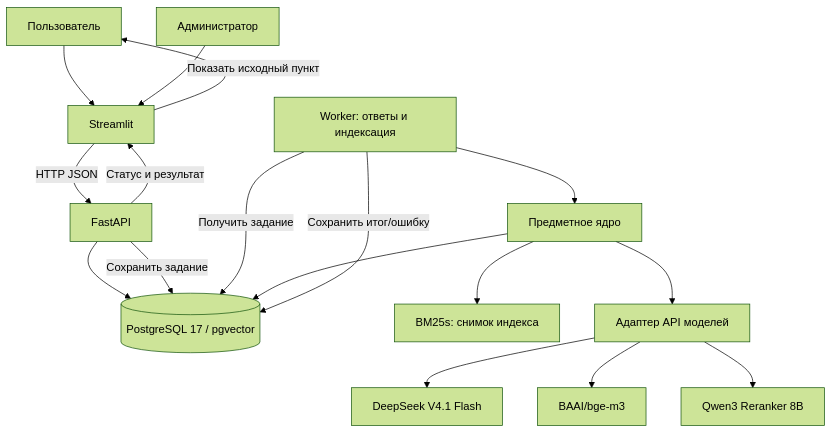
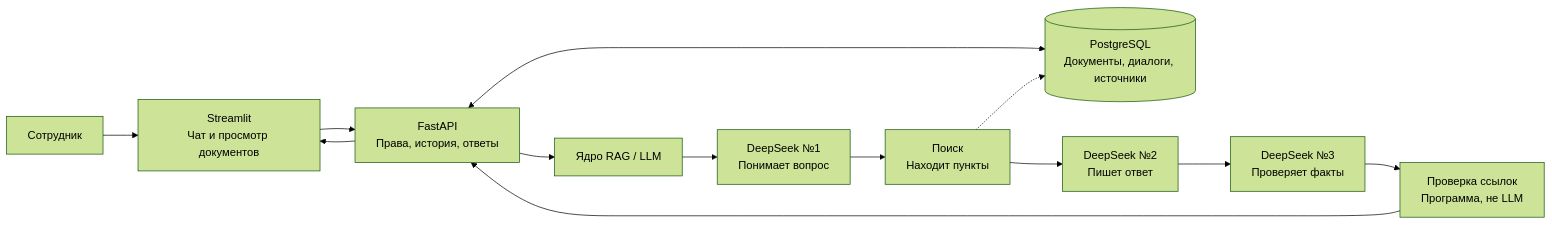
The first of 7 diagrams in docs/ARCHITECTURE.md (WeinerGero/legal-AI-assistant), drawn with Mermaid (forest theme) before and after one commit. The commit also changed other lines of this file, not shown here.

Commit message:
участник-1: документация — новая версия ARCHITECTURE.md (v1.4) в dev

````diff
--- a/docs/ARCHITECTURE.md
+++ b/docs/ARCHITECTURE.md
@@ -85,19 +10,15 @@
 ```mermaid
-flowchart TD
-  U[Пользователь] --> S[Streamlit]
-  A[Администратор] --> S
-  S -->|HTTP JSON| API[FastAPI]
-  API --> DB[(PostgreSQL 17 / pgvector)]
-  API -->|Сохранить задание| DB
-  W[Worker: ответы и индексация] -->|Получить задание| DB
-  W --> CORE[Предметное ядро]
-  CORE --> DB
-  CORE --> BM[BM25s: снимок индекса]
-  CORE --> MOD[Адаптер API моделей]
-  MOD --> DSP[DeepSeek V4.1 Flash]
-  MOD --> EMB[BAAI/bge-m3]
-  MOD --> QW[Qwen3 Reranker 8B]
-  W -->|Сохранить итог/ошибку| DB
-  API -->|Статус и результат| S
-  S -->|Показать исходный пункт| U
+flowchart LR
+    U[Сотрудник] --> S[Streamlit<br/>Чат и просмотр документов]
+    S --> A[FastAPI<br/>Права, история, ответы]
+    A <--> D[(PostgreSQL<br/>Документы, диалоги, источники)]
+    A --> C[Ядро RAG / LLM]
+    C --> L1[DeepSeek №1<br/>Понимает вопрос]
+    L1 --> R[Поиск<br/>Находит пункты]
+    R --> L2[DeepSeek №2<br/>Пишет ответ]
+    L2 --> L3[DeepSeek №3<br/>Проверяет факты]
+    L3 --> V[Проверка ссылок<br/>Программа, не LLM]
+    V --> A
+    A --> S
+    R -.-> D
 ```
````
